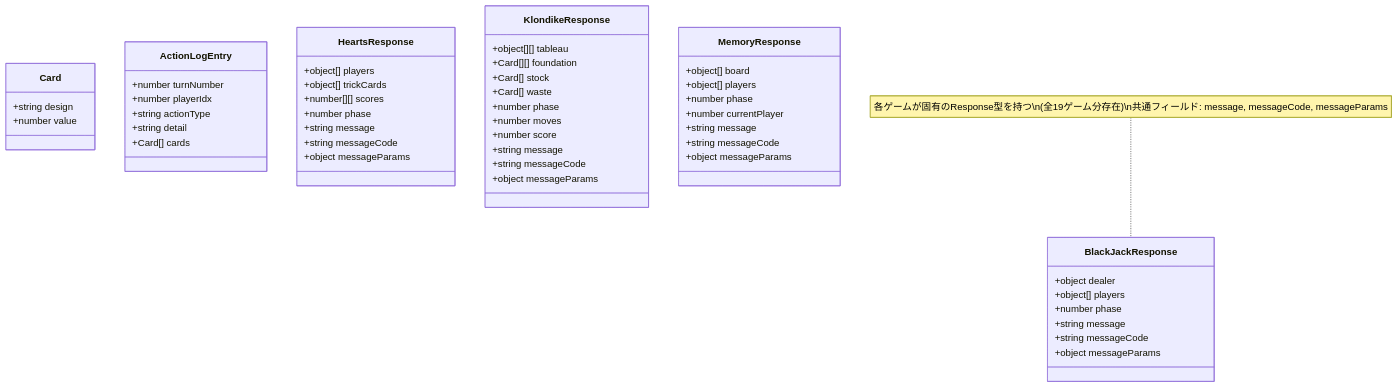
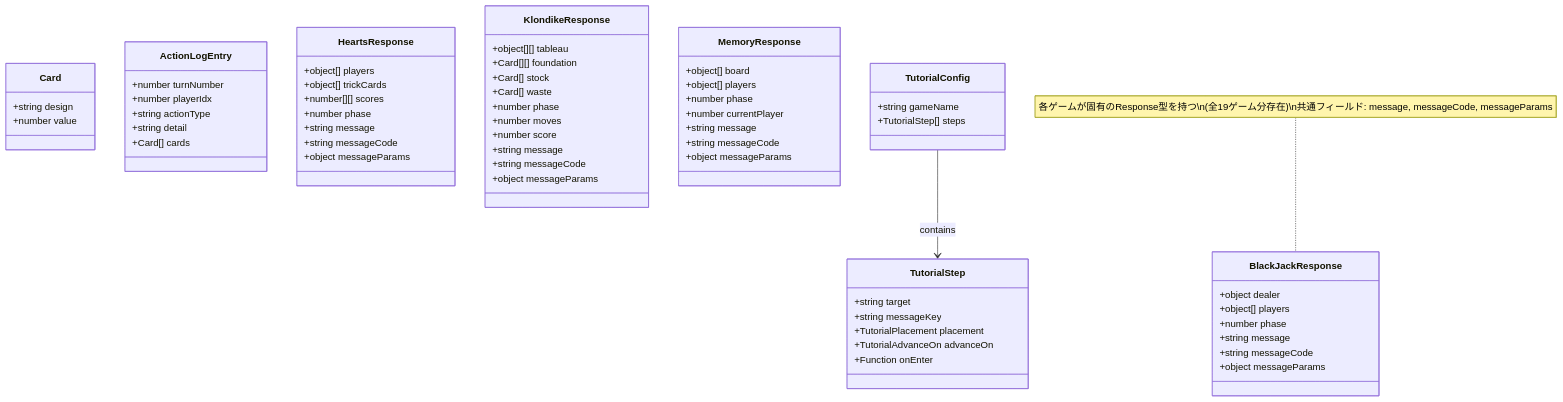
The first of 17 diagrams in docs/design/frontend.md (yuta-yoshinaga/go_trumpcards), drawn with Mermaid before and after one commit. The commit also changed other lines of this file and 21 other files, not shown here.

````diff
--- a/docs/design/frontend.md
+++ b/docs/design/frontend.md
@@ -32,59 +33,74 @@
 ```mermaid
 classDiagram
     class Card {
         +string design
         +number value
     }
 
     class ActionLogEntry {
         +number turnNumber
         +number playerIdx
         +string actionType
         +string detail
         +Card[] cards
     }
 
     class BlackJackResponse {
         +object dealer
         +object[] players
         +number phase
         +string message
         +string messageCode
         +object messageParams
     }
 
     class HeartsResponse {
         +object[] players
         +object[] trickCards
         +number[][] scores
         +number phase
         +string message
         +string messageCode
         +object messageParams
     }
 
     class KlondikeResponse {
         +object[][] tableau
         +Card[][] foundation
         +Card[] stock
         +Card[] waste
         +number phase
         +number moves
         +number score
         +string message
         +string messageCode
         +object messageParams
     }
 
     class MemoryResponse {
         +object[] board
         +object[] players
         +number phase
         +number currentPlayer
         +string message
         +string messageCode
         +object messageParams
     }
 
+    class TutorialStep {
+        +string target
+        +string messageKey
+        +TutorialPlacement placement
+        +TutorialAdvanceOn advanceOn
+        +Function onEnter
+    }
+
+    class TutorialConfig {
+        +string gameName
+        +TutorialStep[] steps
+    }
+
+    TutorialConfig --> TutorialStep : contains
+
     note for BlackJackResponse "各ゲームが固有のResponse型を持つ\n(全19ゲーム分存在)\n共通フィールド: message, messageCode, messageParams"
 ```
````
